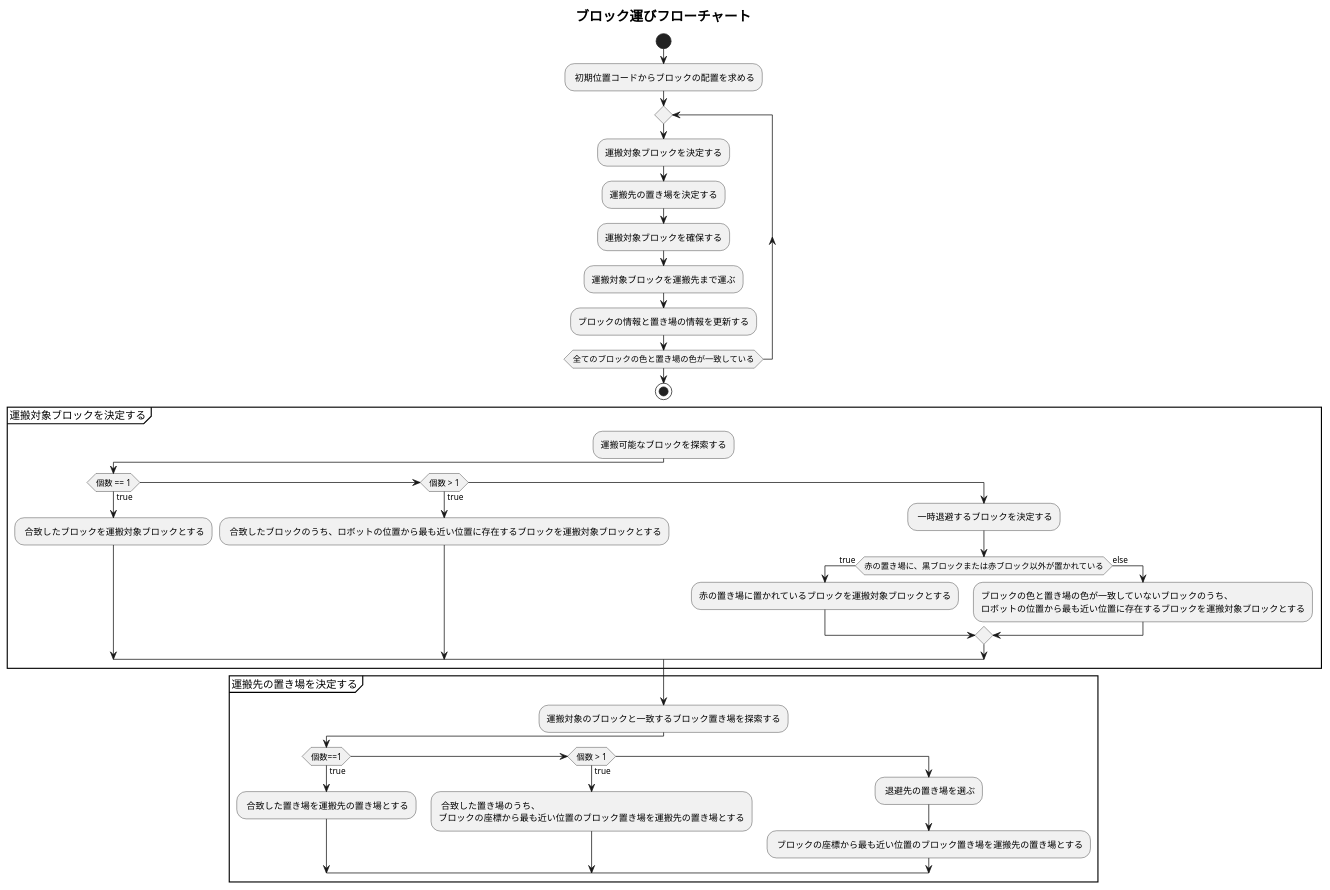
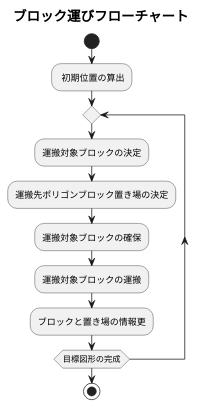
The diagram in 分析モデル/ブロック運びフローチャート.puml (TK-R/ET2017-UML), drawn with PlantUML before and after one commit. The commit also changed 3 other files, not shown here.

Commit message:
ユースケース図をアップデートして、フローチャートを分割

```diff
--- a/分析モデル/ブロック運びフローチャート.puml
+++ b/分析モデル/ブロック運びフローチャート.puml
@@ -1,47 +1,18 @@
 @startuml
 title <size:18>ブロック運びフローチャート</size>
 
 
 start
-: 初期位置コードからブロックの配置を求める;
+: 初期位置の算出;
 
 repeat 
-	:運搬対象ブロックを決定する;
-	:運搬先の置き場を決定する;
-	:運搬対象ブロックを確保する;
-	:運搬対象ブロックを運搬先まで運ぶ;
-	:ブロックの情報と置き場の情報を更新する;
-repeat while (全てのブロックの色と置き場の色が一致している);
+	:運搬対象ブロックの決定;
+	:運搬先ポリゴンブロック置き場の決定;
+	:運搬対象ブロックの確保;
+	:運搬対象ブロックの運搬;
+	:ブロックと置き場の情報更;
+repeat while (目標図形の完成);
 stop
 
 
-partition 運搬対象ブロックを決定する {
-	:運搬可能なブロックを探索する;
-	if(個数 == 1) then (true)
-		: 合致したブロックを運搬対象ブロックとする;
-	else if(個数 > 1) then (true)
-		: 合致したブロックのうち、ロボットの位置から最も近い位置に存在するブロックを運搬対象ブロックとする;
-	else
-		: 一時退避するブロックを決定する;
-		if(赤の置き場に、黒ブロックまたは赤ブロック以外が置かれている) then (true)
-			:赤の置き場に置かれているブロックを運搬対象ブロックとする;
-		else (else)
-			:ブロックの色と置き場の色が一致していないブロックのうち、\nロボットの位置から最も近い位置に存在するブロックを運搬対象ブロックとする;
-		endif
-	endif
-}	
-
-partition 運搬先の置き場を決定する {
-	:運搬対象のブロックと一致するブロック置き場を探索する;
-	if(個数==1) then (true)
-		: 合致した置き場を運搬先の置き場とする;
-	else if(個数 > 1) then (true)
-		: 合致した置き場のうち、\nブロックの座標から最も近い位置のブロック置き場を運搬先の置き場とする;
-	else
-		: 退避先の置き場を選ぶ;
-		: ブロックの座標から最も近い位置のブロック置き場を運搬先の置き場とする;
-	endif
-}
-
-
 @enduml
```
